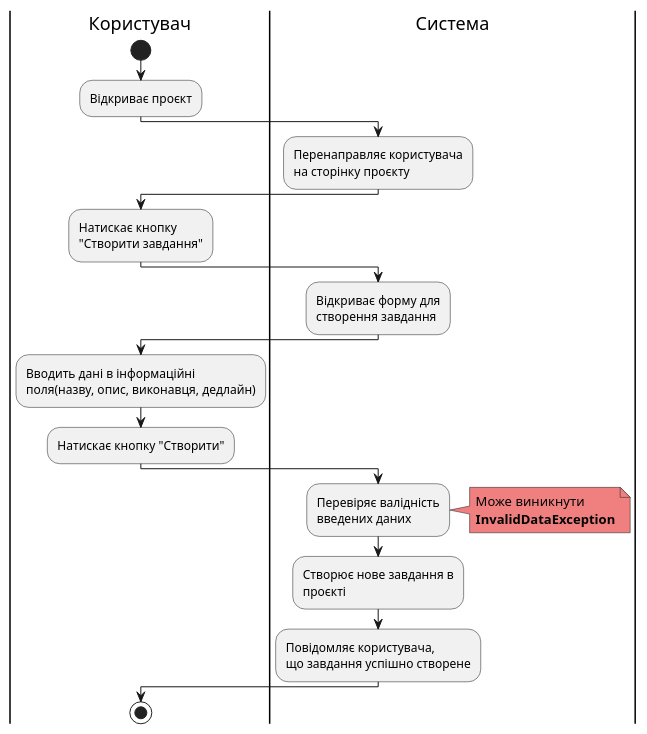
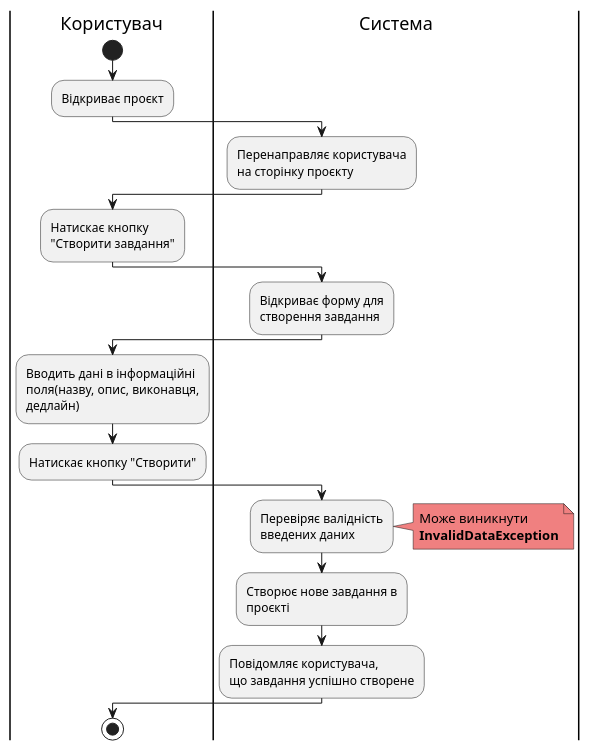
One commit to samoilenkomariia/db-coursework changed diagram 14 of 23 in docs/use cases/README.md. Above: the diagram before and after it, drawn with PlantUML. The commit also changed other lines of this file, not shown here.

```diff
--- a/docs/use cases/README.md
+++ b/docs/use cases/README.md
@@ -607,30 +607,30 @@
 @startuml
 
     |Користувач|
     start;
     :Відкриває проєкт;
     
     |Система|
     :Перенаправляє користувача\nна сторінку проєкту;
     
     |Користувач|
     :Натискає кнопку\n"Створити завдання";
 
     |Система|
     :Відкриває форму для\nстворення завдання;
 
     |Користувач|
-    :Вводить дані в інформаційні\nполя(назву, опис, виконавця, дедлайн);  
+    :Вводить дані в інформаційні\nполя(назву, опис, виконавця,\nдедлайн);  
     :Натискає кнопку "Створити";
     |Система|
     :Перевіряє валідність\nвведених даних;
     note right #lightcoral
         Може виникнути
         <b>InvalidDataException</b>
     end note
     :Створює нове завдання в\nпроєкті;
     :Повідомляє користувача,\nщо завдання успішно створене;
 
      |Користувач|
         stop;
 @enduml
```
